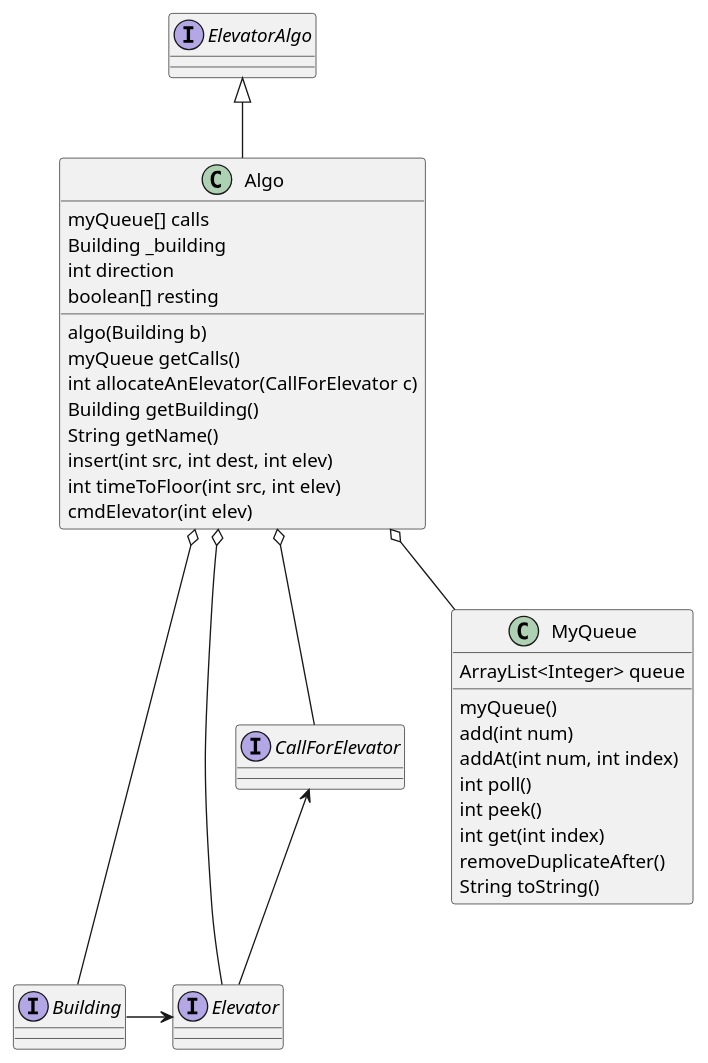
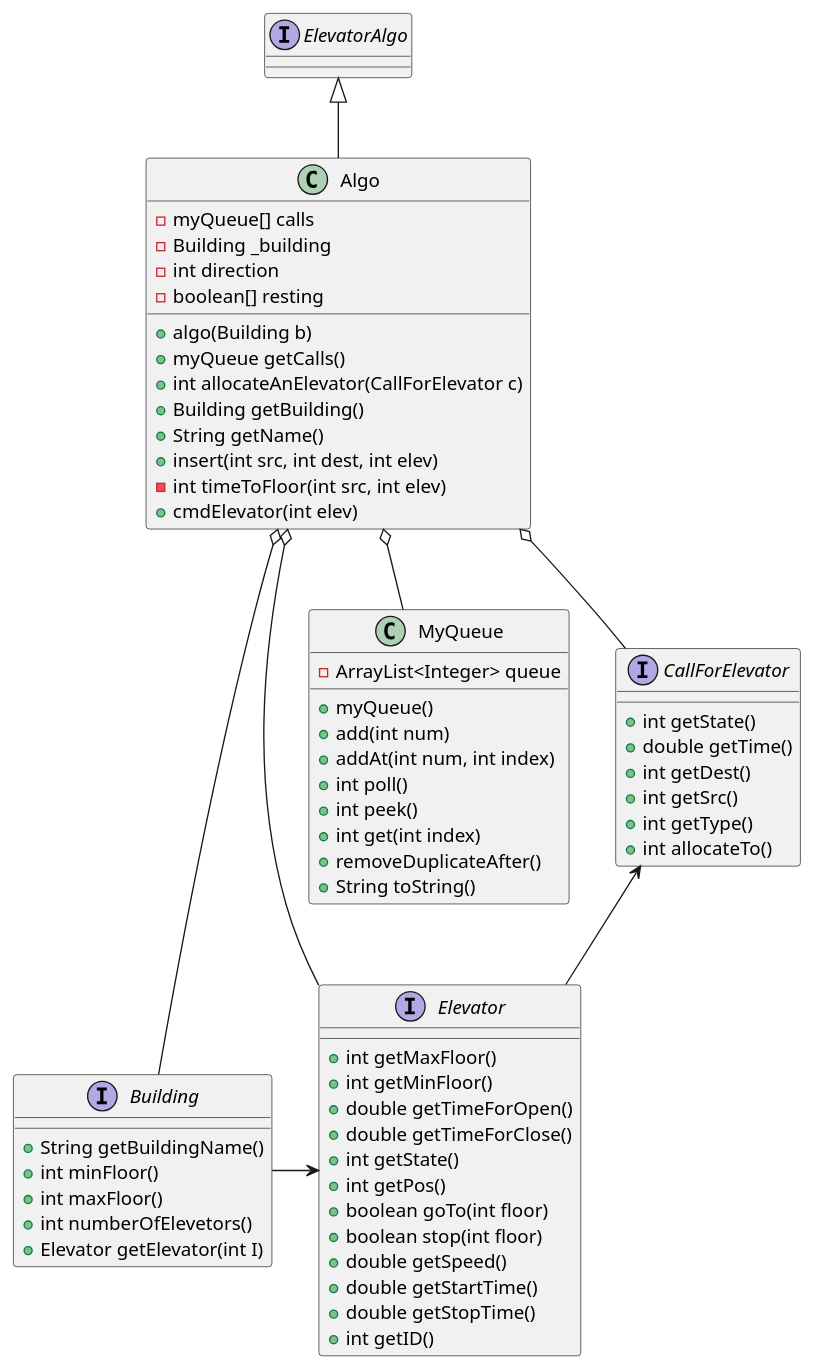
The diagram in src/ex0/Ex0 diagram.puml (TaliaSeada/Ex0_OOP), drawn with PlantUML before and after one commit.

Commit message:
updated uml diagram, added public and private signs and added functions to interfaces

```diff
--- a/src/ex0/Ex0 diagram.puml
+++ b/src/ex0/Ex0 diagram.puml
@@ -1,48 +1,76 @@
 @startuml
 'https://plantuml.com/class-diagram
 
-interface Elevator
-interface Building
-interface CallForElevator
+
+
 interface ElevatorAlgo
 
 ElevatorAlgo <|-- Algo
 Algo o-- MyQueue
 Algo o-- Elevator
 Algo o-- Building
 Algo o-- CallForElevator
 CallForElevator <-- Elevator
 Building -> Elevator
 
+interface CallForElevator{
++int getState()
++double getTime()
++int getDest()
++int getSrc()
++int getType()
++int allocateTo()
+}
+interface Elevator{
++int getMaxFloor()
++int getMinFloor()
++double getTimeForOpen()
++double getTimeForClose()
++int getState()
++int getPos()
++boolean goTo(int floor)
++boolean stop(int floor)
++double getSpeed()
++double getStartTime()
++double getStopTime()
++int getID()
+}
 
+interface Building{
++String getBuildingName()
++int minFloor()
++int maxFloor()
++int numberOfElevetors()
++Elevator getElevator(int I)
+}
 
 class Algo {
-myQueue[] calls
-Building _building
-int direction
-boolean[] resting
-algo(Building b)
-myQueue getCalls()
-int allocateAnElevator(CallForElevator c)
-Building getBuilding()
-String getName()
-insert(int src, int dest, int elev)
-int timeToFloor(int src, int elev)
-cmdElevator(int elev)
+-myQueue[] calls
+-Building _building
+-int direction
+-boolean[] resting
++algo(Building b)
++myQueue getCalls()
++int allocateAnElevator(CallForElevator c)
++Building getBuilding()
++String getName()
++insert(int src, int dest, int elev)
+-int timeToFloor(int src, int elev)
++cmdElevator(int elev)
 }
 
 class MyQueue{
-ArrayList<Integer> queue
+-ArrayList<Integer> queue
 
-myQueue()
-add(int num)
-addAt(int num, int index)
-int poll()
-int peek()
-int get(int index)
-removeDuplicateAfter()
-String toString()
++myQueue()
++add(int num)
++addAt(int num, int index)
++int poll()
++int peek()
++int get(int index)
++removeDuplicateAfter()
++String toString()
 
 }
 
 @enduml
```
